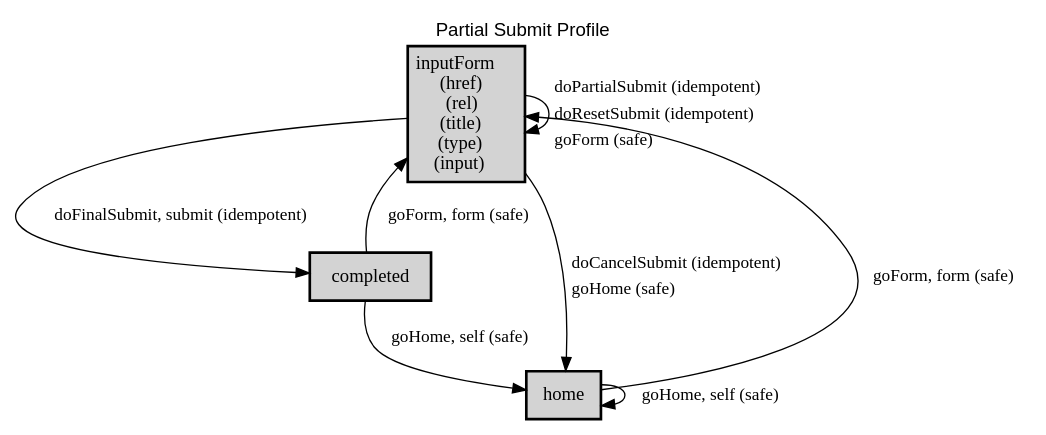
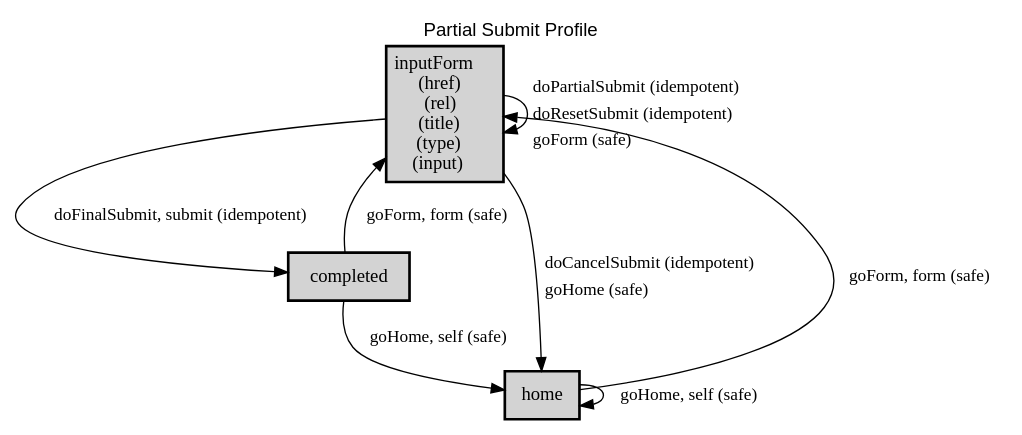
One commit to webapicookbook/alps-documents changed the diagram in docs/partial-submit/partial-submit.dot. Above: the diagram before and after it, drawn with Graphviz. The commit also changed other lines of this file and 33 other files, not shown here.

Commit message:
update partial-submit

```diff
--- a/docs/partial-submit/partial-submit.dot
+++ b/docs/partial-submit/partial-submit.dot
@@ -1,23 +1,23 @@
 digraph application_state_diagram {
   graph [
     labelloc="t";
     fontname="Helvetica"
     label="Partial Submit Profile";
     URL="index.html" target="_parent"
   ];
   node [shape = box, style = "bold,filled" fillcolor="lightgray"];
 
     inputForm [margin=0.02, label=<<table cellspacing="0" cellpadding="5" border="0"><tr><td>inputForm<br />(href)<br />(rel)<br />(title)<br />(type)<br />(input)<br /></td></tr></table>>,shape=box URL="docs/semantic.inputForm.html" target="_parent"]
 
-    inputForm -> inputForm [label=<<table  border="0"><tr><td align="left" href="docs/idempotent.doPartialSubmit.html">doPartialSubmit (idempotent)</td></tr><tr><td align="left" href="docs/idempotent.doResetSubmit.html">doResetSubmit (idempotent)</td></tr><tr><td align="left" href="docs/safe.goForm.html">goForm (safe)</td></tr></table>> fontsize=13];
+    completed -> home [label = "goHome, self (safe)" URL="docs/safe.goHome.html" target="_parent" fontsize=13];
+    completed -> inputForm [label = "goForm, form (safe)" URL="docs/safe.goForm.html" target="_parent" fontsize=13];
+    home -> home [label = "goHome, self (safe)" URL="docs/safe.goHome.html" target="_parent" fontsize=13];
+    home -> inputForm [label = "goForm, form (safe)" URL="docs/safe.goForm.html" target="_parent" fontsize=13];
     inputForm -> completed [label = "doFinalSubmit, submit (idempotent)" URL="docs/idempotent.doFinalSubmit.html" target="_parent" fontsize=13];
     inputForm -> home [label=<<table  border="0"><tr><td align="left" href="docs/idempotent.doCancelSubmit.html">doCancelSubmit (idempotent)</td></tr><tr><td align="left" href="docs/safe.goHome.html">goHome (safe)</td></tr></table>> fontsize=13];
-    home -> inputForm [label = "goForm, form (safe)" URL="docs/safe.goForm.html" target="_parent" fontsize=13];
-    home -> home [label = "goHome, self (safe)" URL="docs/safe.goHome.html" target="_parent" fontsize=13];
-    completed -> inputForm [label = "goForm, form (safe)" URL="docs/safe.goForm.html" target="_parent" fontsize=13];
-    completed -> home [label = "goHome, self (safe)" URL="docs/safe.goHome.html" target="_parent" fontsize=13];
+    inputForm -> inputForm [label=<<table  border="0"><tr><td align="left" href="docs/idempotent.doPartialSubmit.html">doPartialSubmit (idempotent)</td></tr><tr><td align="left" href="docs/idempotent.doResetSubmit.html">doResetSubmit (idempotent)</td></tr><tr><td align="left" href="docs/safe.goForm.html">goForm (safe)</td></tr></table>> fontsize=13];
 
     completed [URL="docs/semantic.completed.html" target="_parent"]
     home [URL="docs/semantic.home.html" target="_parent"]
 
 }
```
